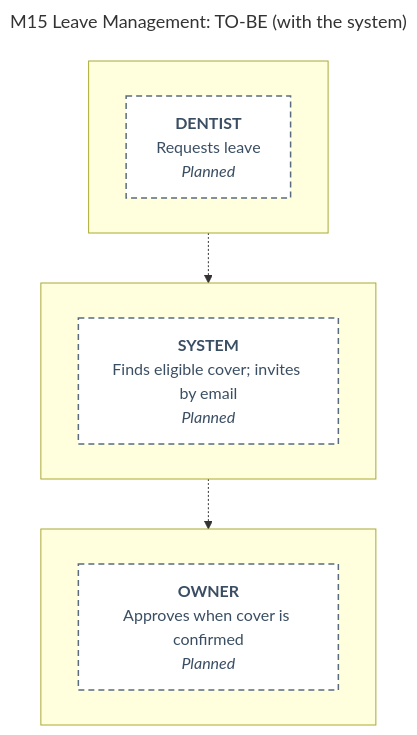
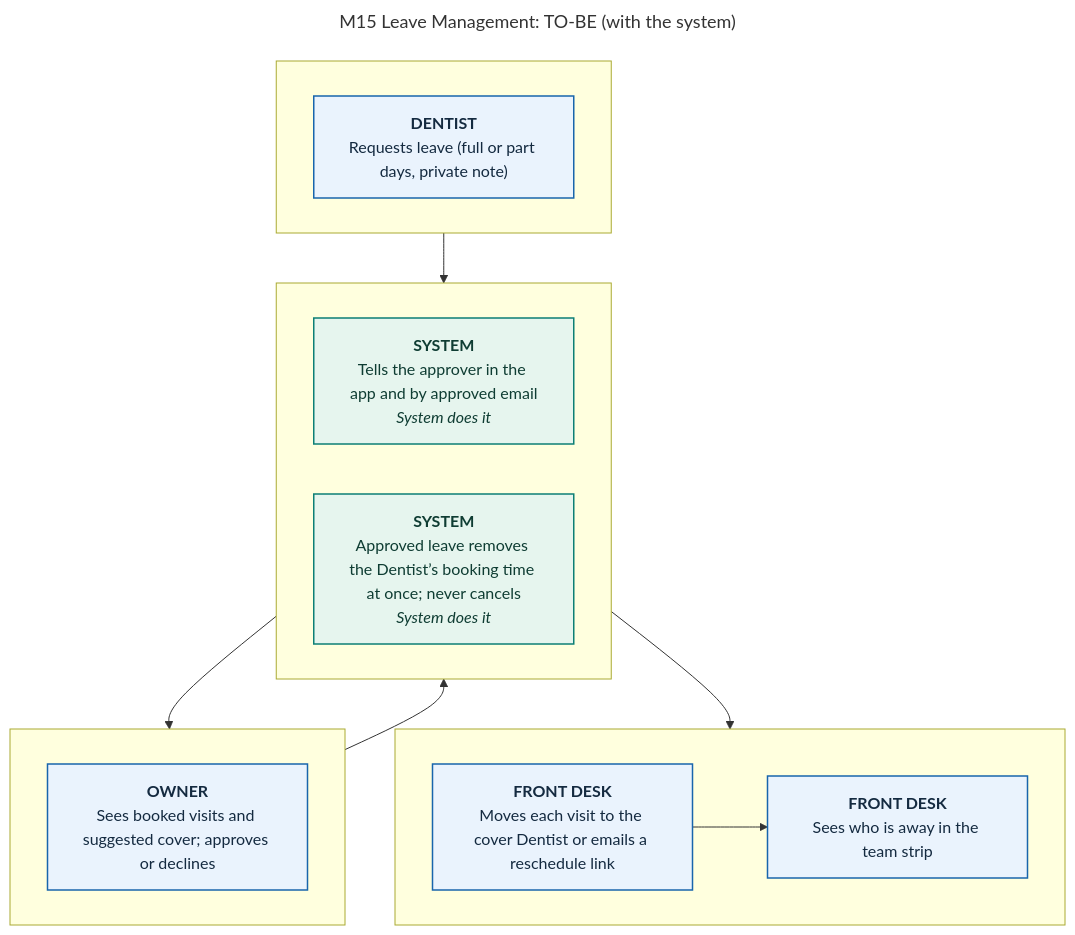
One commit to 0phem/multibranch-dental-clinic changed the diagram in docs/defense/diagrams/M15-leave-management-to-be.mmd. Above: the diagram before and after it, drawn with Mermaid. The commit also changed 20 other files, not shown here.

Commit message:
docs: M3, M15, M25 — module statuses, TO-BE diagrams and process PDF, open items 27–29 (real hours, leave rules, handover access), panel Q53–55, demo moment 3g, pitch, pending migrations (item 17)

```diff
--- a/docs/defense/diagrams/M15-leave-management-to-be.mmd
+++ b/docs/defense/diagrams/M15-leave-management-to-be.mmd
@@ -1,24 +1,33 @@
 ---
 title: "M15 Leave Management: TO-BE (with the system)"
 ---
 flowchart TB
+    subgraph L1[" "]
+    direction LR
+      S4["<b>FRONT DESK</b><br/>Moves each visit to the cover Dentist or emails a reschedule link"]:::manual
+      S5["<b>FRONT DESK</b><br/>Sees who is away in the team strip"]:::manual
+    end
     subgraph L2[" "]
     direction LR
-      S0["<b>DENTIST</b><br/>Requests leave<br/><i>Planned</i>"]:::planned
+      S0["<b>DENTIST</b><br/>Requests leave (full or part days, private note)"]:::manual
     end
     subgraph L3[" "]
     direction LR
-      S2["<b>OWNER</b><br/>Approves when cover is confirmed<br/><i>Planned</i>"]:::planned
+      S2["<b>OWNER</b><br/>Sees booked visits and suggested cover; approves or declines"]:::manual
     end
     subgraph L4[" "]
     direction LR
-      S1["<b>SYSTEM</b><br/>Finds eligible cover; invites by email<br/><i>Planned</i>"]:::planned
+      S1["<b>SYSTEM</b><br/>Tells the approver in the app and by approved email<br/><i>System does it</i>"]:::auto
+      S3["<b>SYSTEM</b><br/>Approved leave removes the Dentist’s booking time at once; never cancels<br/><i>System does it</i>"]:::auto
     end
-    S0 -.-> S1
-    S1 -.-> S2
+    S0 --> S1
+    S1 --> S2
+    S2 --> S3
+    S3 --> S4
+    S4 --> S5
     classDef cited fill:#eaf3fd,stroke:#1865ac,color:#142a40,stroke-width:1.5px
     classDef confirm fill:#fffaf0,stroke:#b26a00,color:#5e3c00,stroke-width:1.5px,stroke-dasharray:6 4
     classDef auto fill:#e6f5ee,stroke:#0c7f75,color:#0f3d33,stroke-width:1.5px
     classDef manual fill:#eaf3fd,stroke:#1865ac,color:#142a40,stroke-width:1.5px
     classDef mock fill:#f3f5f7,stroke:#5a6b7d,color:#3a4e63,stroke-width:1.5px,stroke-dasharray:3 3
     classDef planned fill:#ffffff,stroke:#5a6b7d,color:#3a4e63,stroke-width:1.5px,stroke-dasharray:6 4
```
